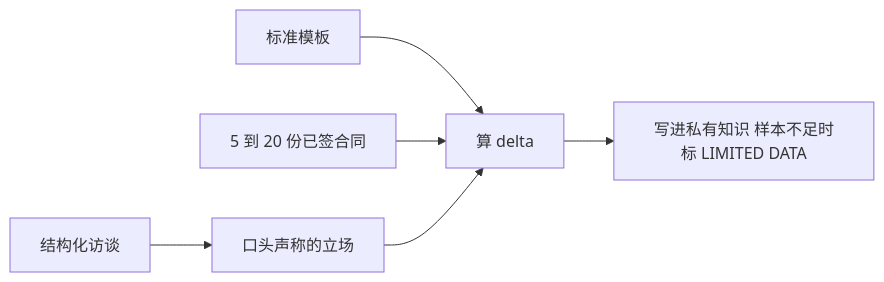
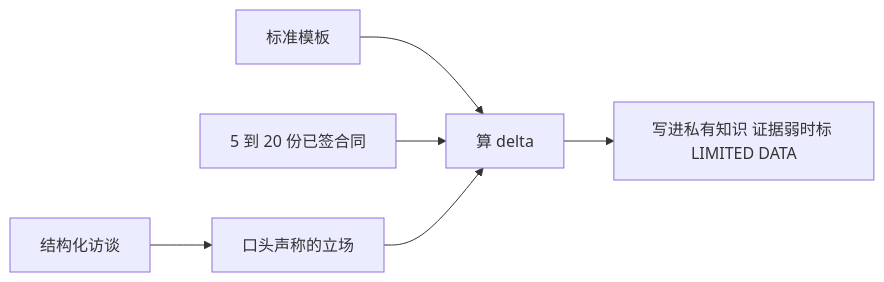
Before and after one commit to diguike/book-source-reading: the fourth of 7 diagrams in book/08-claude-for-legal.md, drawn with Mermaid. The commit also changed other lines of this file and 27 other files, not shown here.

````diff
--- a/book/08-claude-for-legal.md
+++ b/book/08-claude-for-legal.md
@@ -461,8 +461,8 @@
 ```mermaid
 flowchart LR
     Q[结构化访谈] --> ST[口头声称的立场]
     TP[标准模板] --> DE[算 delta]
     SG[5 到 20 份已签合同] --> DE
     ST --> DE
-    DE --> RP[写进私有知识 样本不足时标 LIMITED DATA]
+    DE --> RP[写进私有知识 证据弱时标 LIMITED DATA]
 ```
````
